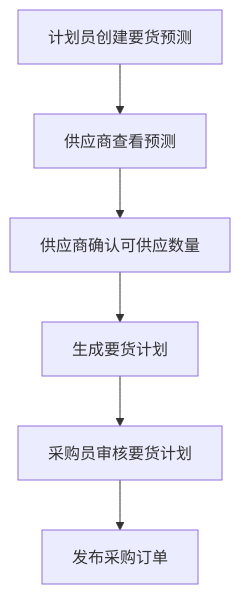
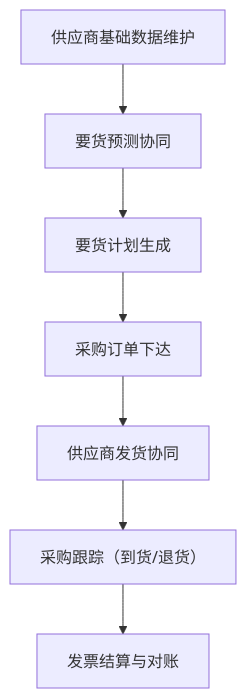
The diagram in docs/10-SCP-供应链平台/index.md (jiargcn/MomProductDocument), drawn with Mermaid before and after one commit. The commit also changed other lines of this file and 15 other files, not shown here.

````diff
--- a/docs/10-SCP-供应链平台/index.md
+++ b/docs/10-SCP-供应链平台/index.md
@@ -99,8 +40,9 @@
 ```mermaid
 flowchart TD
-    A[计划员创建要货预测] --> B[供应商查看预测]
-    B --> C[供应商确认可供应数量]
-    C --> D[生成要货计划]
-    D --> E[采购员审核要货计划]
-    E --> F[发布采购订单]
+    A["供应商基础数据维护"] --> B["要货预测协同"]
+    B --> C["要货计划生成"]
+    C --> D["采购订单下达"]
+    D --> E["供应商发货协同"]
+    E --> F["采购跟踪（到货/退货）"]
+    F --> G["发票结算与对账"]
 ```
````
